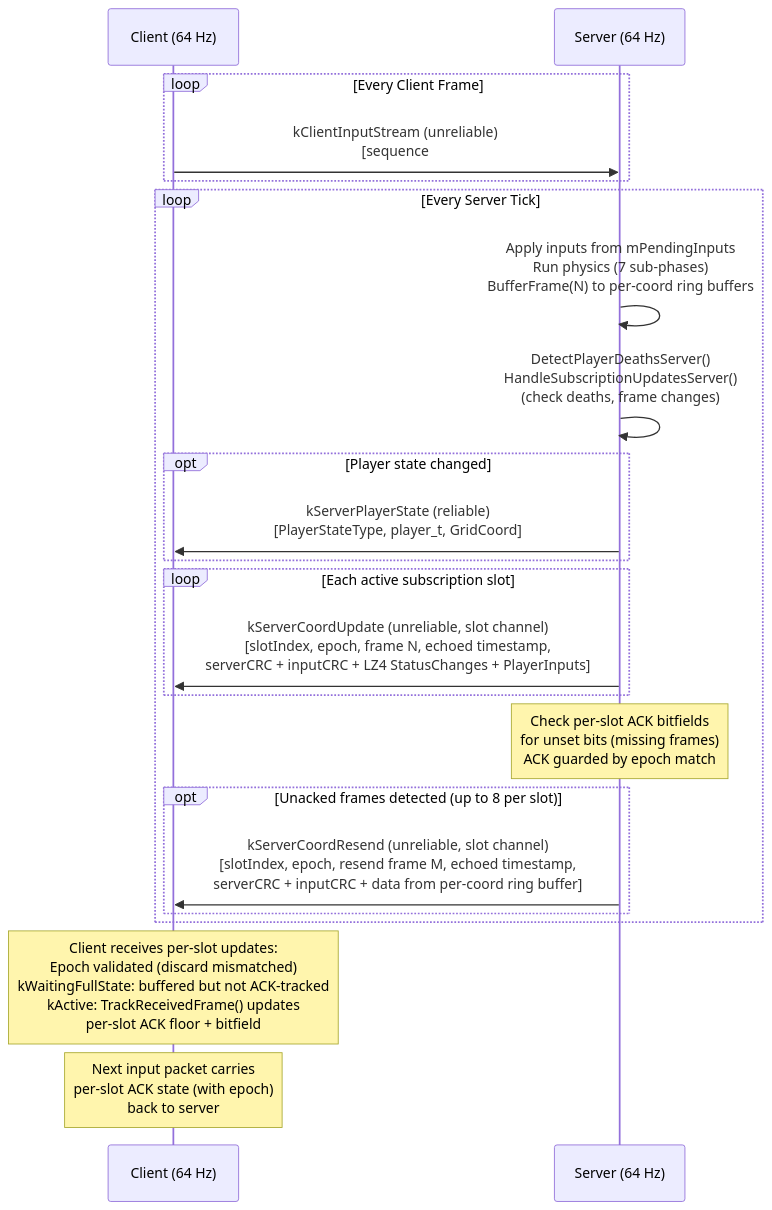
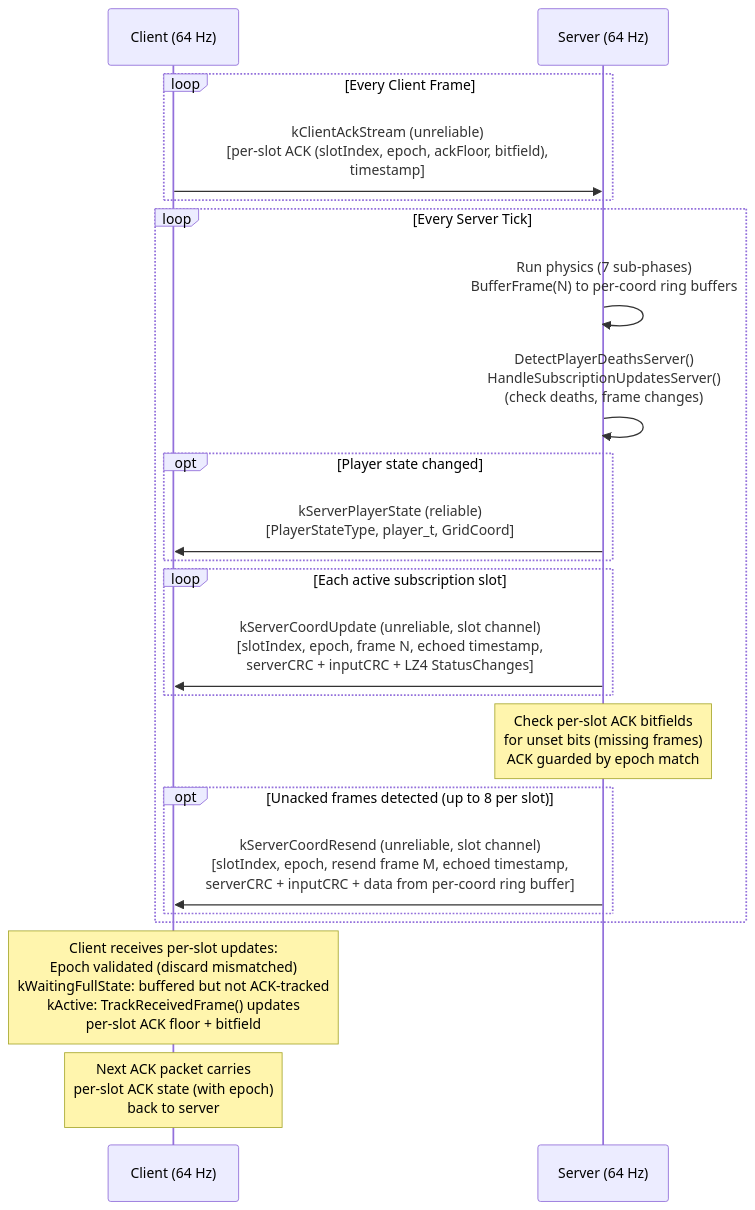
Before and after one commit to DougTanner/BrokenEnginePublic: the third of 6 diagrams in Documents/Architecture/Network.md, drawn with Mermaid. The commit also changed other lines of this file and 222 other files, not shown here.

````diff
--- a/Documents/Architecture/Network.md
+++ b/Documents/Architecture/Network.md
@@ -98,32 +98,32 @@
 ```mermaid
 %%{init: {'theme': 'default'}}%%
 sequenceDiagram
     participant C as Client (64 Hz)
     participant S as Server (64 Hz)
 
     loop Every Client Frame
-        C->>S: kClientInputStream (unreliable)<br/>[sequence#, held flags, movement, direction,<br/>per-slot ACK (slotIndex, epoch, ackFloor, bitfield),<br/>timestamp]
+        C->>S: kClientAckStream (unreliable)<br/>[per-slot ACK (slotIndex, epoch, ackFloor, bitfield),<br/>timestamp]
     end
 
     loop Every Server Tick
-        S->>S: Apply inputs from mPendingInputs<br/>Run physics (7 sub-phases)<br/>BufferFrame(N) to per-coord ring buffers
+        S->>S: Run physics (7 sub-phases)<br/>BufferFrame(N) to per-coord ring buffers
 
         S->>S: DetectPlayerDeathsServer()<br/>HandleSubscriptionUpdatesServer()<br/>(check deaths, frame changes)
         opt Player state changed
             S->>C: kServerPlayerState (reliable)<br/>[PlayerStateType, player_t, GridCoord]
         end
 
         loop Each active subscription slot
-            S->>C: kServerCoordUpdate (unreliable, slot channel)<br/>[slotIndex, epoch, frame N, echoed timestamp,<br/>serverCRC + inputCRC + LZ4 StatusChanges + PlayerInputs]
+            S->>C: kServerCoordUpdate (unreliable, slot channel)<br/>[slotIndex, epoch, frame N, echoed timestamp,<br/>serverCRC + inputCRC + LZ4 StatusChanges]
         end
 
         Note over S: Check per-slot ACK bitfields<br/>for unset bits (missing frames)<br/>ACK guarded by epoch match
 
         opt Unacked frames detected (up to 8 per slot)
             S->>C: kServerCoordResend (unreliable, slot channel)<br/>[slotIndex, epoch, resend frame M, echoed timestamp,<br/>serverCRC + inputCRC + data from per-coord ring buffer]
         end
     end
 
     Note over C: Client receives per-slot updates:<br/>Epoch validated (discard mismatched)<br/>kWaitingFullState: buffered but not ACK-tracked<br/>kActive: TrackReceivedFrame() updates<br/>per-slot ACK floor + bitfield
-    Note over C: Next input packet carries<br/>per-slot ACK state (with epoch)<br/>back to server
+    Note over C: Next ACK packet carries<br/>per-slot ACK state (with epoch)<br/>back to server
 ```
````
